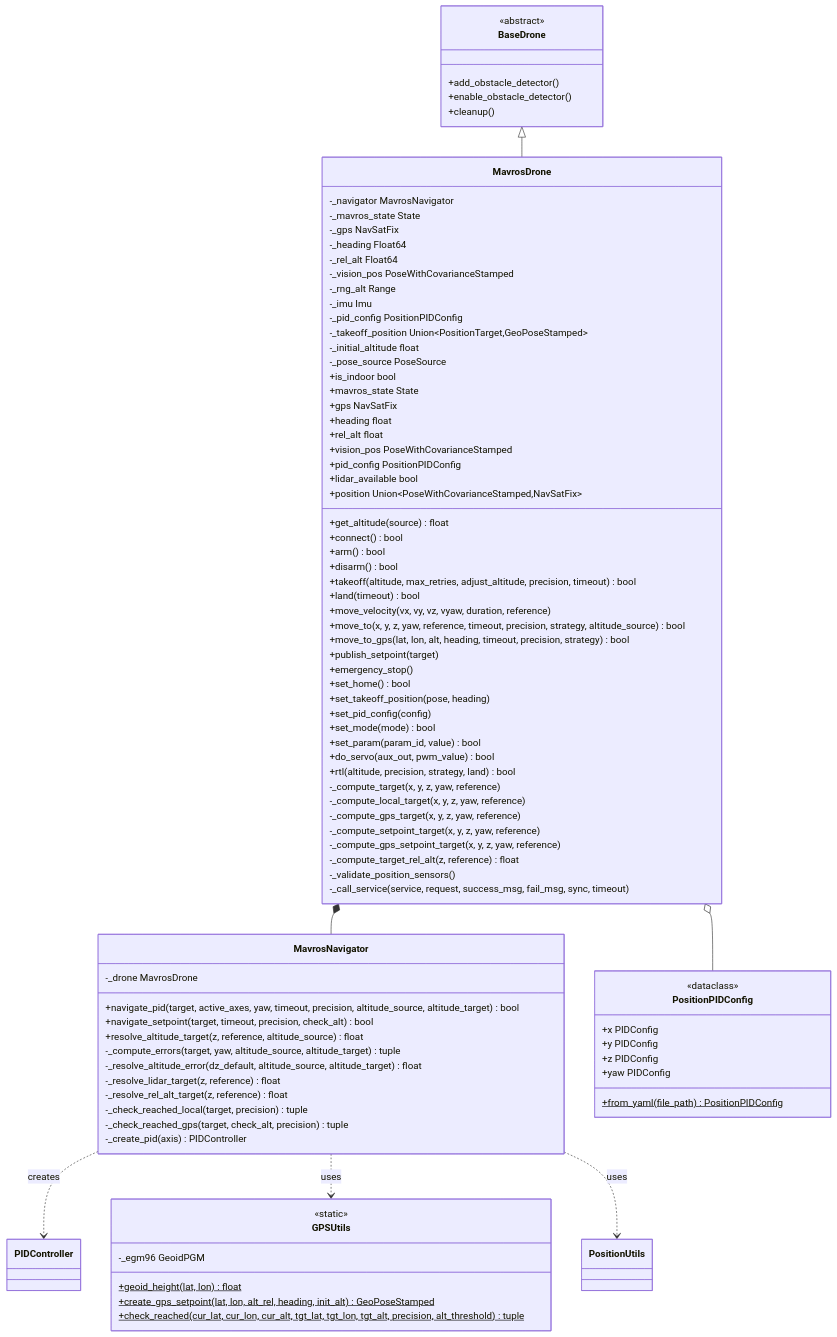
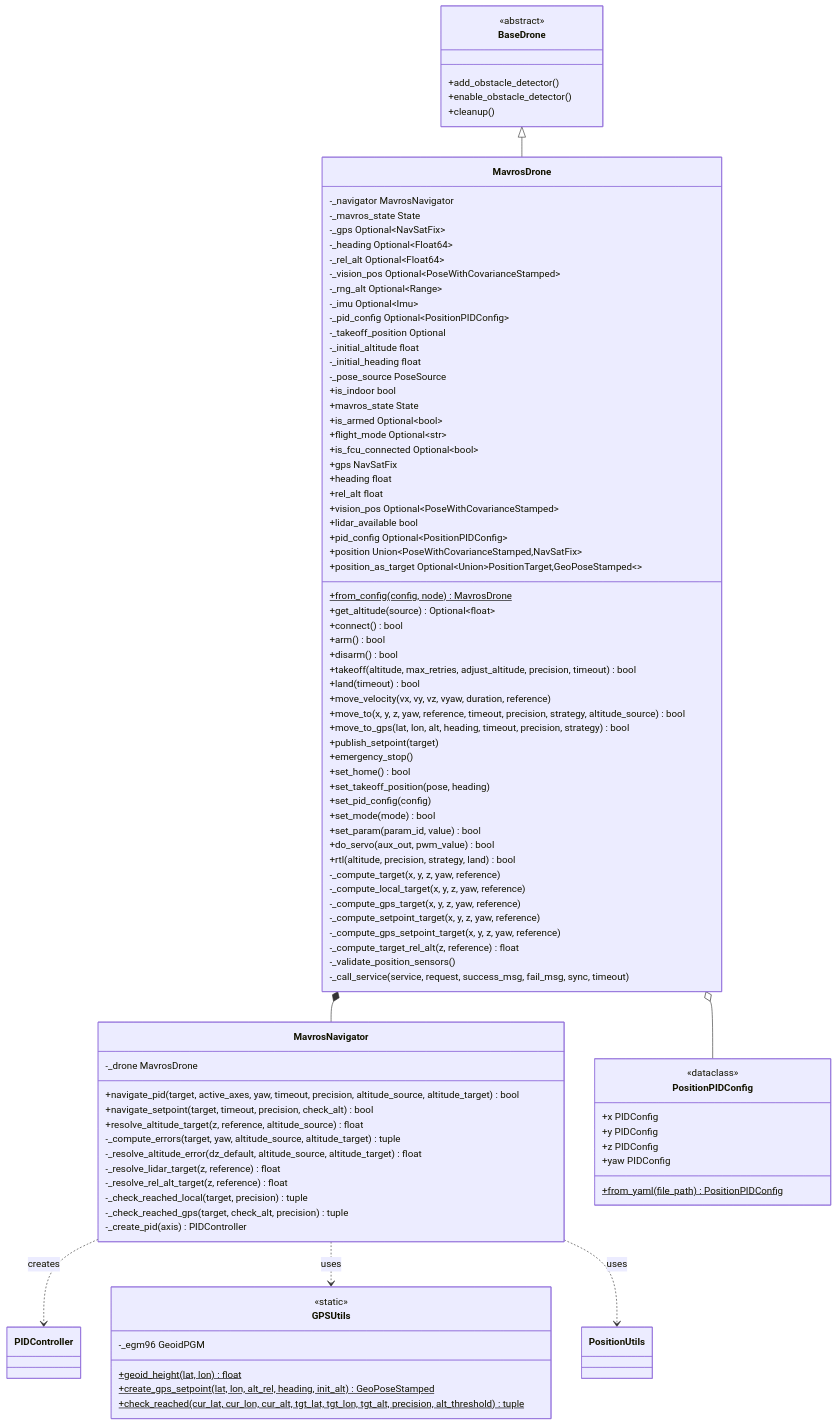
One commit to Black-Bee-Drones/nectar-sdk changed the first of 2 diagrams in nectar/nectar/control/mavros/README.md. Above: the diagram before and after it, drawn with Mermaid. The commit also changed 3 other files, not shown here.

Commit message:
feat: update control module diagrams

```diff
--- a/nectar/nectar/control/mavros/README.md
+++ b/nectar/nectar/control/mavros/README.md
@@ -67,26 +67,32 @@
     class MavrosDrone {
         -_navigator MavrosNavigator
         -_mavros_state State
-        -_gps NavSatFix
-        -_heading Float64
-        -_rel_alt Float64
-        -_vision_pos PoseWithCovarianceStamped
-        -_rng_alt Range
-        -_imu Imu
-        -_pid_config PositionPIDConfig
-        -_takeoff_position Union~PositionTarget,GeoPoseStamped~
+        -_gps Optional~NavSatFix~
+        -_heading Optional~Float64~
+        -_rel_alt Optional~Float64~
+        -_vision_pos Optional~PoseWithCovarianceStamped~
+        -_rng_alt Optional~Range~
+        -_imu Optional~Imu~
+        -_pid_config Optional~PositionPIDConfig~
+        -_takeoff_position Optional
         -_initial_altitude float
+        -_initial_heading float
         -_pose_source PoseSource
         +is_indoor bool
         +mavros_state State
+        +is_armed Optional~bool~
+        +flight_mode Optional~str~
+        +is_fcu_connected Optional~bool~
         +gps NavSatFix
         +heading float
         +rel_alt float
-        +vision_pos PoseWithCovarianceStamped
-         +pid_config PositionPIDConfig
+        +vision_pos Optional~PoseWithCovarianceStamped~
         +lidar_available bool
-        +get_altitude(source) float
+        +pid_config Optional~PositionPIDConfig~
         +position Union~PoseWithCovarianceStamped,NavSatFix~
+        +position_as_target Optional~Union~PositionTarget,GeoPoseStamped~~
+        +from_config(config, node)$ MavrosDrone
+        +get_altitude(source) Optional~float~
         +connect() bool
         +arm() bool
         +disarm() bool
```
